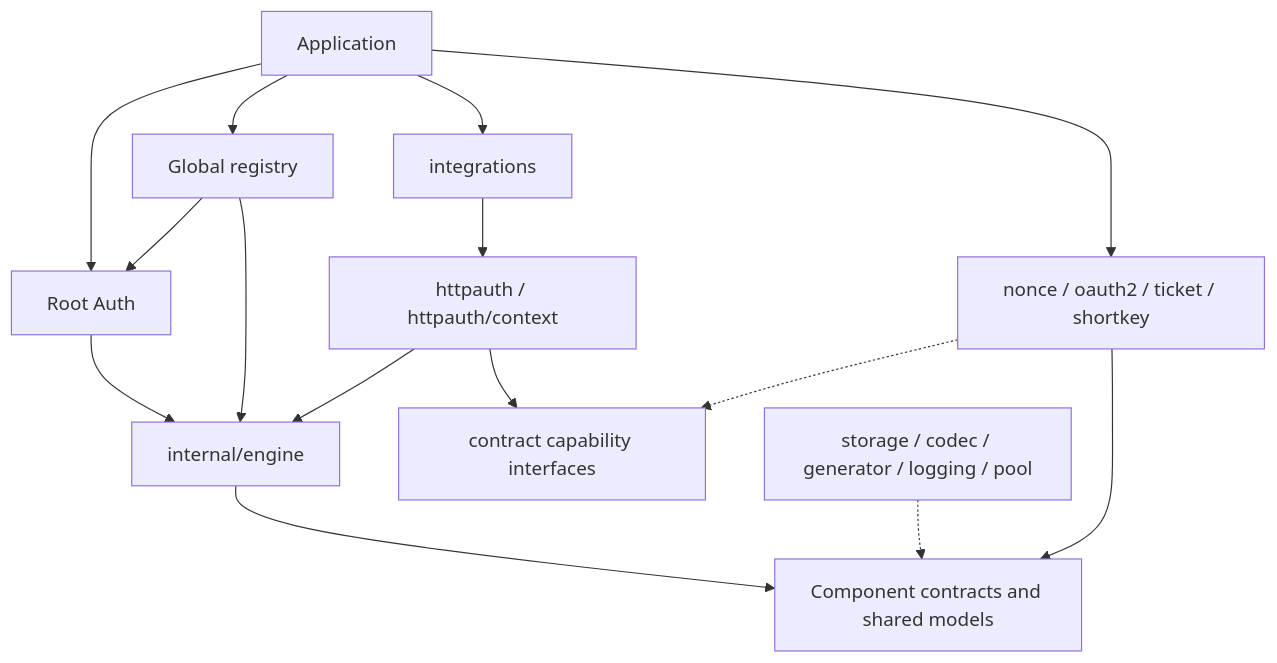
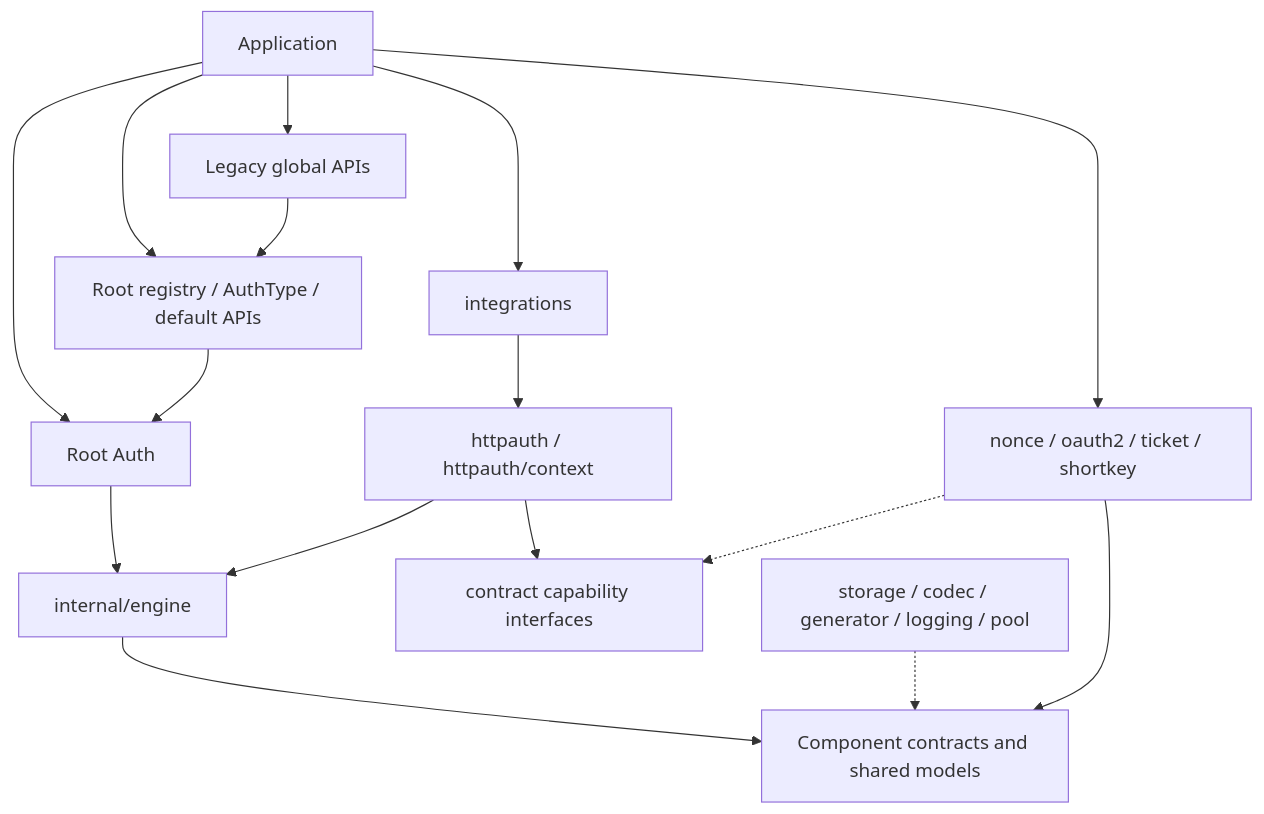
One commit to Zany2/dtoken-go changed the diagram in docs/design/architecture.md. Above: the diagram before and after it, drawn with Mermaid. The commit also changed other lines of this file and 280 other files, not shown here.

````diff
--- a/docs/design/architecture.md
+++ b/docs/design/architecture.md
@@ -26,17 +26,18 @@
 ```mermaid
 flowchart TD
     App["Application"] --> Auth["Root Auth"]
-    App --> Global["Global registry"]
-    Global --> Auth
-    Global --> Engine["internal/engine"]
-    Auth --> Engine
+    App --> Registry["Root registry / AuthType / default APIs"]
+    App --> Global["Legacy global APIs"]
+    Global --> Registry
+    Registry --> Auth
+    Auth --> Engine["internal/engine"]
     App --> Framework["integrations"]
     Framework --> HTTP["httpauth / httpauth/context"]
     HTTP --> Engine
     HTTP --> CapabilityContracts["contract capability interfaces"]
     App --> Services["nonce / oauth2 / ticket / shortkey"]
     Services -.-> CapabilityContracts
     Services --> Contracts["Component contracts and shared models"]
     Engine --> Contracts
     Components["storage / codec / generator / logging / pool"] -.-> Contracts
 ```
````
